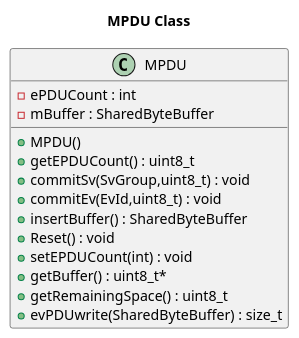
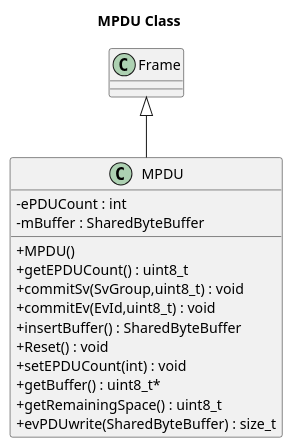
Before and after one commit to MacherelR/DeSemProject_20212022: the diagram in Diagrams/MPDU.pu, drawn with PlantUML. The commit also changed 7 other files, not shown here.

Commit message:
MPDU Diagram

```diff
--- a/Diagrams/MPDU.pu
+++ b/Diagrams/MPDU.pu
@@ -1,20 +1,22 @@
 @startuml
 title MPDU Class
-
+skinparam classAttributeIconSize 0
+class Frame
 class MPDU{
     - ePDUCount : int
     - mBuffer : SharedByteBuffer
     + MPDU()
     + getEPDUCount() : uint8_t
     + commitSv(SvGroup,uint8_t) : void
     + commitEv(EvId,uint8_t) : void
     + insertBuffer() : SharedByteBuffer
     + Reset() : void
     + setEPDUCount(int) : void
     + getBuffer() : uint8_t*
     + getRemainingSpace() : uint8_t
     + evPDUwrite(SharedByteBuffer) : size_t
 }
+Frame <|-- MPDU
 
 
 @enduml
```
